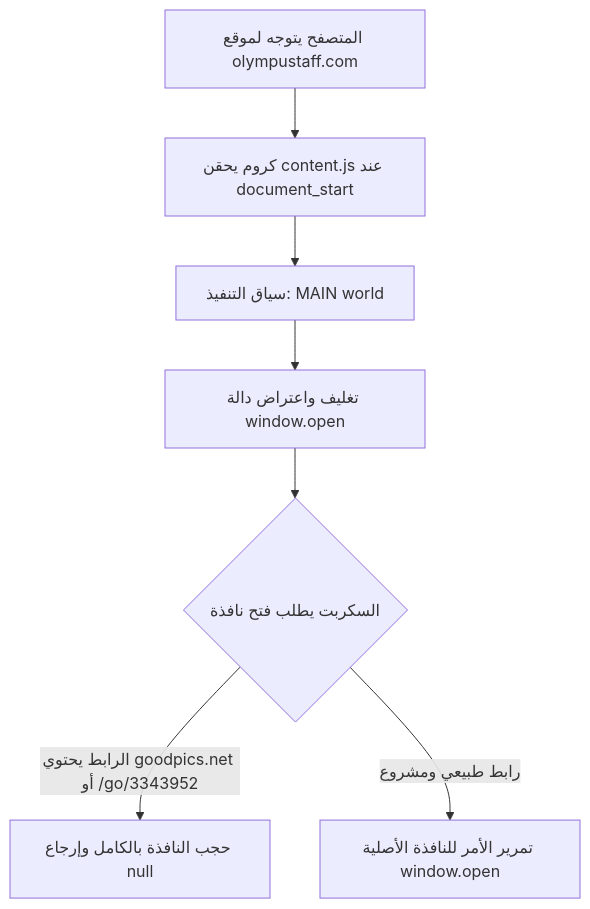
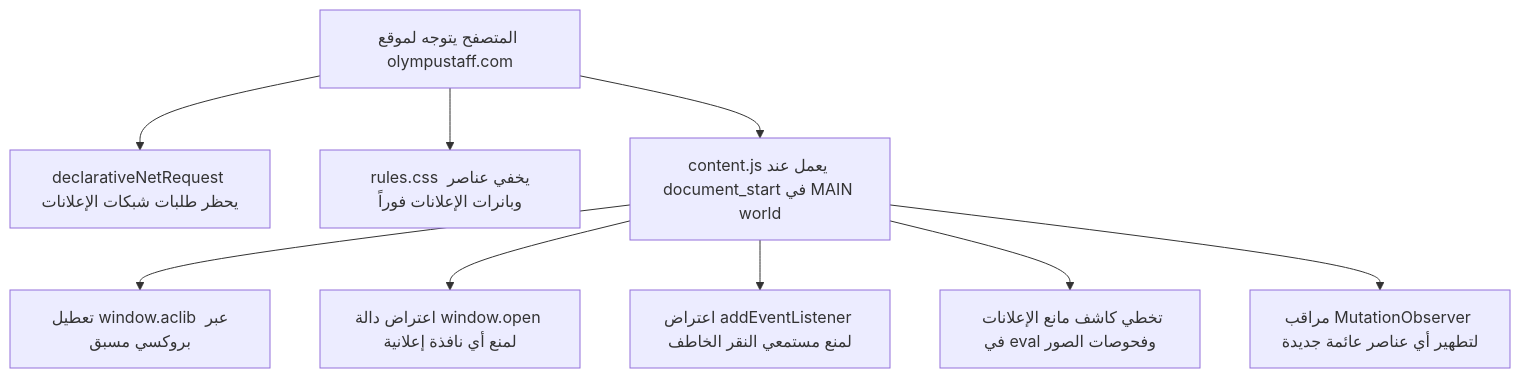
The diagram in docs/ARCHITECTURE_AR.md (shadow-x78/teamx-adblock), drawn with Mermaid before and after one commit. The commit also changed other lines of this file and 14 other files, not shown here.

Commit message:
teamx-adblock | v1.3.0 | feat: add comprehensive adblocker engine, declarative network rules, and anti-adblock bypass

````diff
--- a/docs/ARCHITECTURE_AR.md
+++ b/docs/ARCHITECTURE_AR.md
@@ -34,9 +34,11 @@
 ```mermaid
 flowchart TD
-    A[المتصفح يتوجه لموقع olympustaff.com] --> B[كروم يحقن content.js عند document_start]
-    B --> C[سياق التنفيذ: MAIN world]
-    C --> D[تغليف واعتراض دالة window.open]
-    D --> E{السكربت يطلب فتح نافذة}
-    E -->|الرابط يحتوي goodpics.net أو /go/3343952| F[حجب النافذة بالكامل وإرجاع null]
-    E -->|رابط طبيعي ومشروع| G[تمرير الأمر للنافذة الأصلية window.open]
+    A[المتصفح يتوجه لموقع olympustaff.com] --> B[declarativeNetRequest يحظر طلبات شبكات الإعلانات]
+    A --> C[rules.css يخفي عناصر وبانرات الإعلانات فوراً]
+    A --> D[content.js يعمل عند document_start في MAIN world]
+    D --> E[تعطيل window.aclib عبر بروكسي مسبق]
+    D --> F[اعتراض دالة window.open لمنع أي نافذة إعلانية]
+    D --> G[اعتراض addEventListener لمنع مستمعي النقر الخاطف]
+    D --> H[تخطي كاشف مانع الإعلانات في eval وفحوصات الصور]
+    D --> I[مراقب MutationObserver لتطهير أي عناصر عائمة جديدة]
 ```
````
